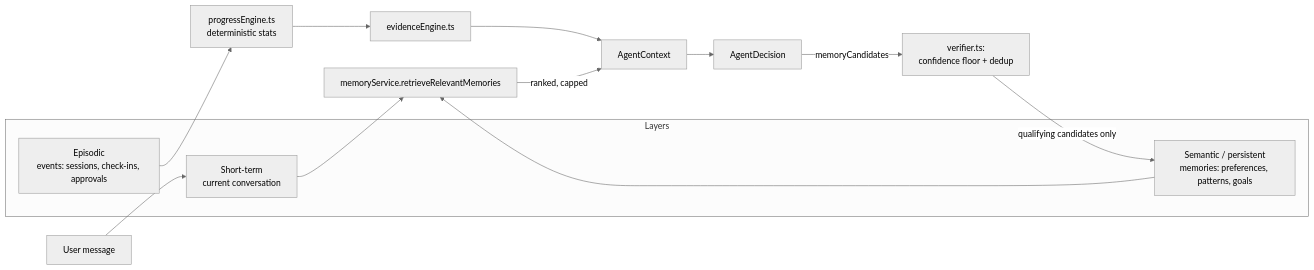
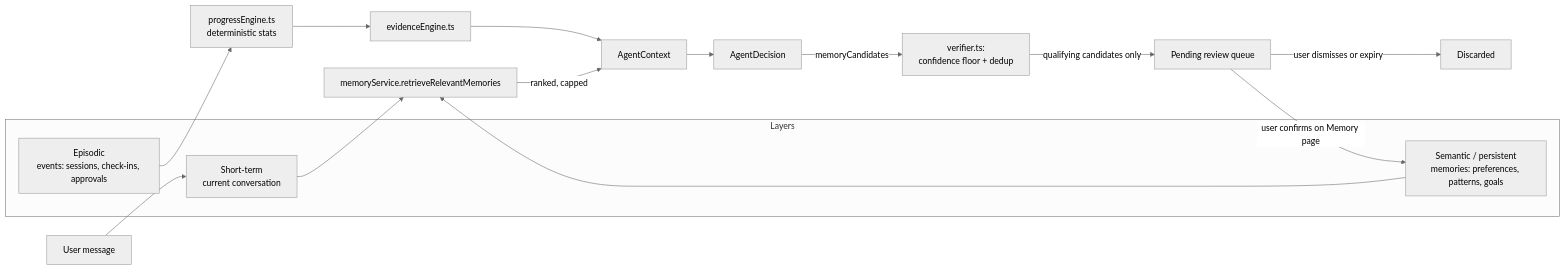
Before and after one commit to himanishpuri/continuum: the third of 6 diagrams in docs/architecture.md, drawn with Mermaid (neutral theme). The commit also changed other lines of this file and 2 other files, not shown here.

First line of the commit message:
docs: document push, revert, memory review, safety layers, evals

````diff
--- a/docs/architecture.md
+++ b/docs/architecture.md
@@ -66,18 +69,20 @@
 ```mermaid
 flowchart LR
     subgraph Layers
         ST[Short-term<br/>current conversation]
         EP[Episodic<br/>events: sessions, check-ins, approvals]
         SEM[Semantic / persistent<br/>memories: preferences, patterns, goals]
     end
     Message[User message] --> ST
     ST --> Retrieval[memoryService.retrieveRelevantMemories]
     EP --> ProgressEngine[progressEngine.ts<br/>deterministic stats]
     ProgressEngine --> EvidenceEngine[evidenceEngine.ts]
     SEM --> Retrieval
     Retrieval -->|ranked, capped| Context[AgentContext]
     EvidenceEngine --> Context
     Context --> Decision[AgentDecision]
     Decision -->|memoryCandidates| Verifier[verifier.ts:<br/>confidence floor + dedup]
-    Verifier -->|qualifying candidates only| SEM
+    Verifier -->|qualifying candidates only| Pending[Pending review queue]
+    Pending -->|user confirms on Memory page| SEM
+    Pending -->|user dismisses or expiry| Discarded[Discarded]
 ```
````
